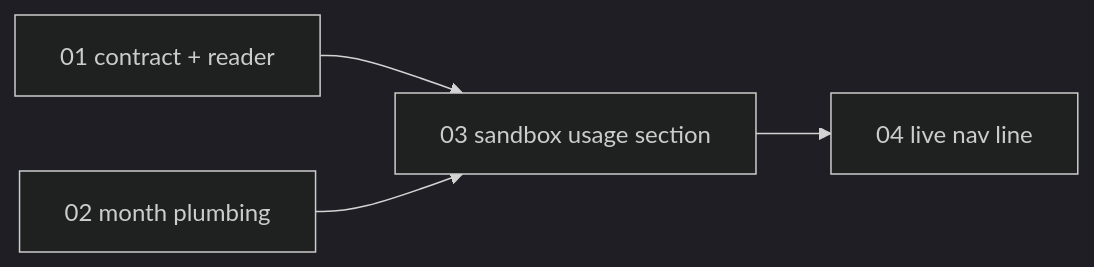
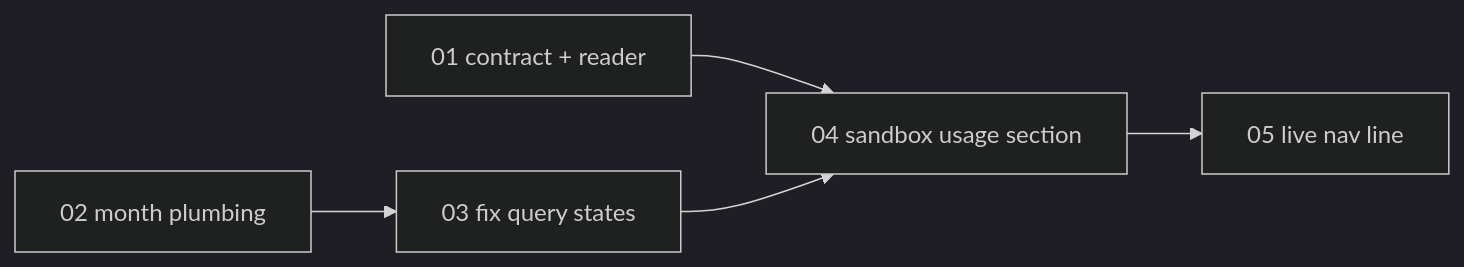
Before and after one commit to dam-agents/dam: the diagram in docs/plan/2774-sandbox-usage-metrics/README.md, drawn with Mermaid (dark theme). The commit also changed other lines of this file and 3 other files, not shown here.

````diff
--- a/docs/plan/2774-sandbox-usage-metrics/README.md
+++ b/docs/plan/2774-sandbox-usage-metrics/README.md
@@ -115,6 +122,7 @@
 ```mermaid
 flowchart LR
-  s01[01 contract + reader] --> s03[03 sandbox usage section]
-  s02[02 month plumbing] --> s03
-  s03 --> s04[04 live nav line]
+  s01[01 contract + reader] --> s04[04 sandbox usage section]
+  s02[02 month plumbing] --> s03[03 fix query states]
+  s03 --> s04
+  s04 --> s05[05 live nav line]
 ```
````
